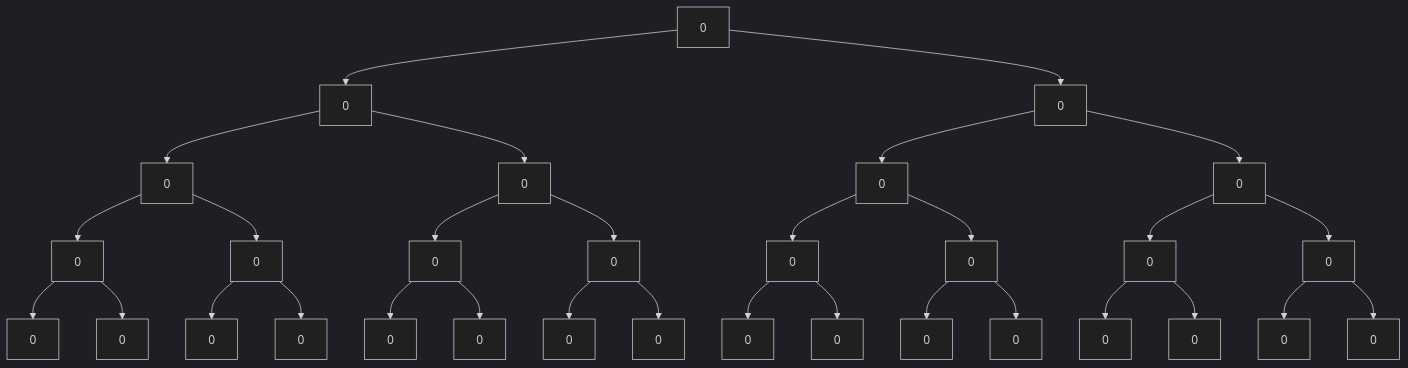
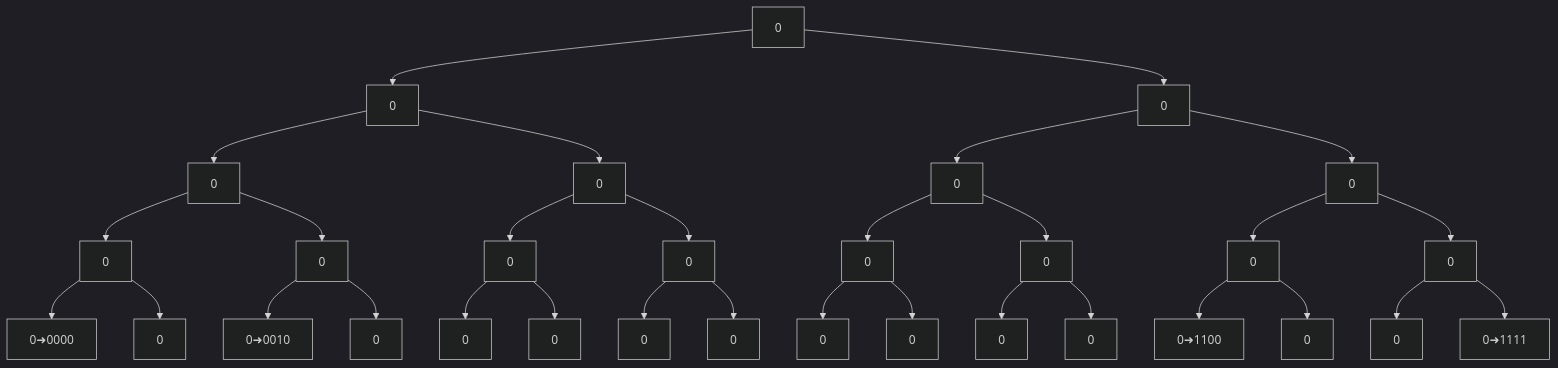
The third of 3 diagrams in COMPSCI 224 Advanced Algorithms/Note1-2.md (H-yz2022/AlgorithmsPrepare), drawn with Mermaid (dark theme) before and after one commit.

Commit message:
Update values in Note1-2.md with new formats

````diff
--- a/COMPSCI 224 Advanced Algorithms/Note1-2.md
+++ b/COMPSCI 224 Advanced Algorithms/Note1-2.md
@@ -198,38 +198,38 @@
 ```mermaid
 graph TD
     A["0"]
 
     A --> B["0"]
     A --> C["0"]
 
     B --> D["0"]
     B --> E["0"]
     C --> F["0"]
     C --> G["0"]
 
     D --> H["0"]
     D --> I["0"]
     E --> J["0"]
     E --> K["0"]
     F --> L["0"]
     F --> M["0"]
     G --> N["0"]
     G --> O["0"]
 
-    H --> P["0"]
+    H --> P["0➜0000"]
     H --> Q["0"]
-    I --> R["0"]
+    I --> R["0➜0010"]
     I --> S["0"]
     J --> T["0"]
     J --> U["0"]
     K --> V["0"]
     K --> W["0"]
     L --> X["0"]
     L --> Y["0"]
     M --> Z["0"]
     M --> AA["0"]
-    N --> AB["0"]
+    N --> AB["0➜1100"]
     N --> AC["0"]
     O --> AD["0"]
-    O --> AE["0"]
+    O --> AE["0➜1111"]
 ```
````
